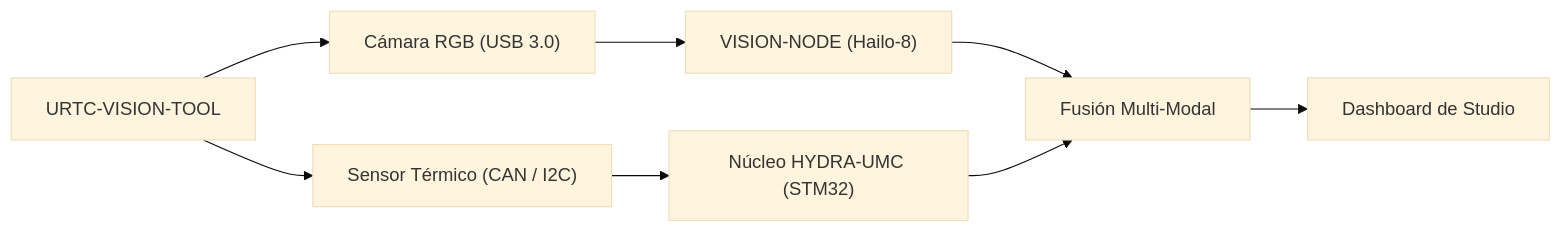
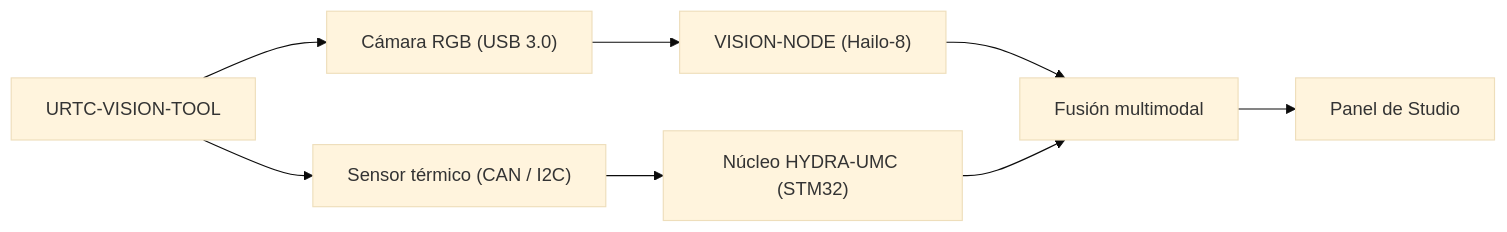
One commit to JuanenRac/URTC-VISION-TOOL changed the diagram in README_spa.md. Above: the diagram before and after it, drawn with Mermaid (base theme). The commit also changed other lines of this file and 4 other files, not shown here.

````diff
--- a/README_spa.md
+++ b/README_spa.md
@@ -86,10 +86,10 @@
 ```mermaid
 flowchart LR
     TOOL["URTC-VISION-TOOL"] --> RGB["Cámara RGB (USB 3.0)"]
-    TOOL --> THRM["Sensor Térmico (CAN / I2C)"]
+    TOOL --> THRM["Sensor térmico (CAN / I2C)"]
     RGB --> VISION["VISION-NODE (Hailo-8)"]
     THRM --> CORE["Núcleo HYDRA-UMC (STM32)"]
-    VISION --> SYNC["Fusión Multi-Modal"]
+    VISION --> SYNC["Fusión multimodal"]
     CORE --> SYNC
-    SYNC --> DASH["Dashboard de Studio"]
+    SYNC --> DASH["Panel de Studio"]
 ```
````
